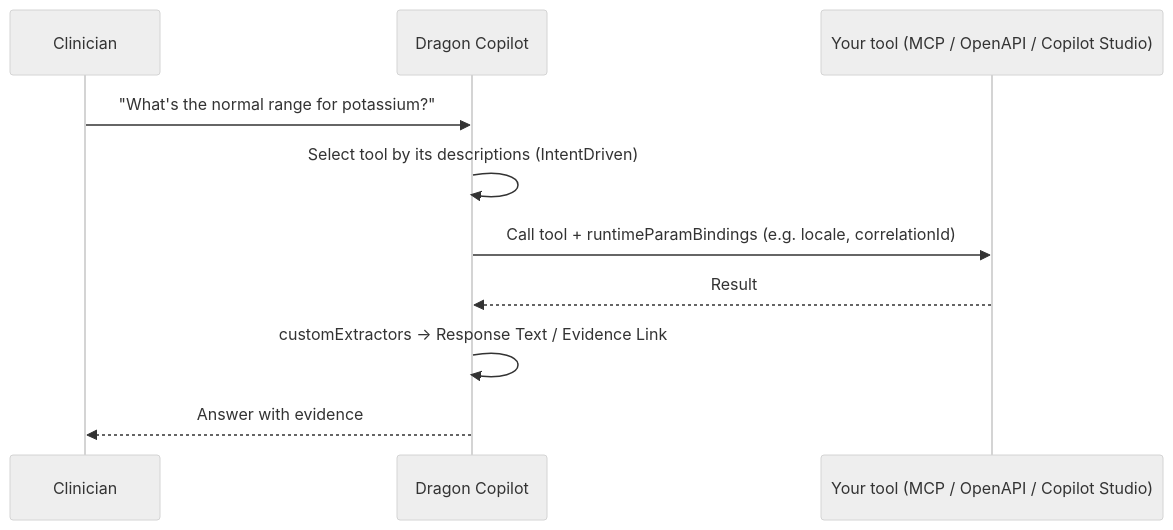
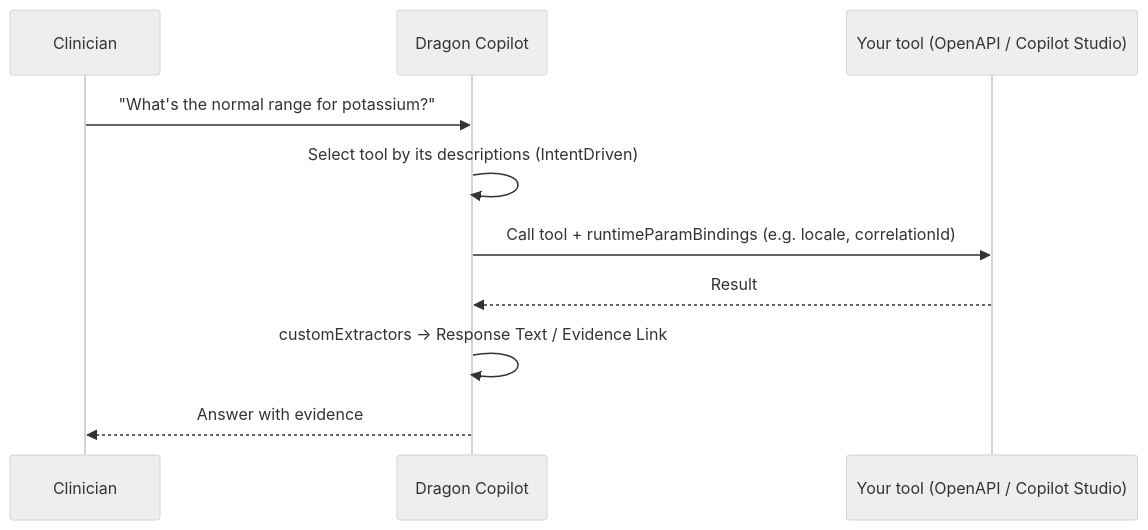
One commit to microsoft/dragon-copilot-extension-samples changed the diagram in physician/CONVERSATIONAL.md. Above: the diagram before and after it, drawn with Mermaid (neutral theme). The commit also changed other lines of this file and 49 other files, not shown here.

````diff
--- a/physician/CONVERSATIONAL.md
+++ b/physician/CONVERSATIONAL.md
@@ -33,12 +32,12 @@
 ```mermaid
 sequenceDiagram
     participant C as Clinician
     participant D as Dragon Copilot
-    participant T as Your tool (MCP / OpenAPI / Copilot Studio)
+    participant T as Your tool (OpenAPI / Copilot Studio)
     C->>D: "What's the normal range for potassium?"
     D->>D: Select tool by its descriptions (IntentDriven)
     D->>T: Call tool + runtimeParamBindings (e.g. locale, correlationId)
     T-->>D: Result
     D->>D: customExtractors → Response Text / Evidence Link
     D-->>C: Answer with evidence
 ```
````
